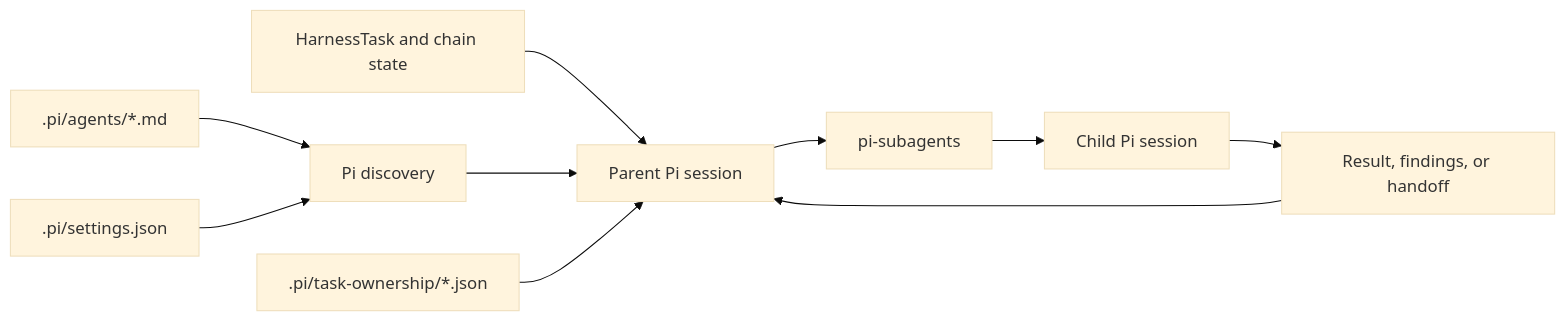
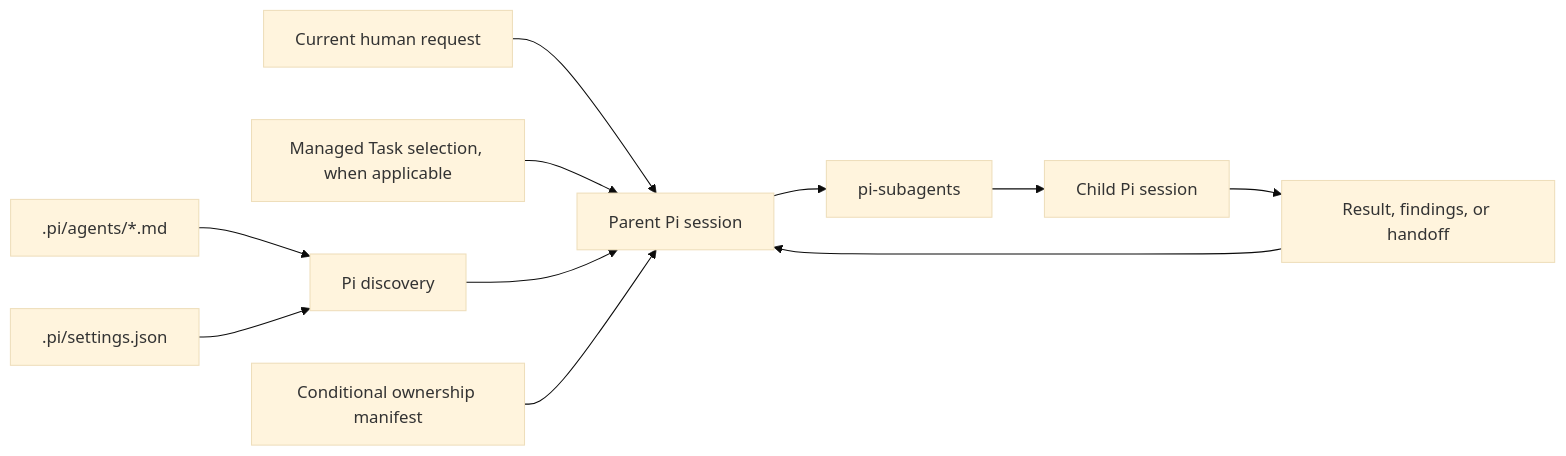
Before and after one commit to eragasa/ksdft2effmass: the diagram in docs/architecture/v1/ksdft2effmass/harness/pi/subagents/index.md, drawn with Mermaid (base theme). The commit also changed other lines of this file and 123 other files, not shown here.

First line of the commit message:
Establish canonical v2 migration task graph

````diff
--- a/docs/architecture/v1/ksdft2effmass/harness/pi/subagents/index.md
+++ b/docs/architecture/v1/ksdft2effmass/harness/pi/subagents/index.md
@@ -7,12 +7,13 @@
 ```mermaid
 flowchart LR
-    task["HarnessTask and chain state"] --> parent["Parent Pi session"]
+    request["Current human request"] --> parent["Parent Pi session"]
+    selection["Managed Task selection, when applicable"] --> parent
     descriptors[".pi/agents/*.md"] --> discovery["Pi discovery"]
     settings[".pi/settings.json"] --> discovery
     discovery --> parent
-    ownership[".pi/task-ownership/*.json"] --> parent
+    ownership["Conditional ownership manifest"] --> parent
     parent --> subagents["pi-subagents"]
     subagents --> child["Child Pi session"]
     child --> output["Result, findings, or handoff"]
     output --> parent
 ```
````
